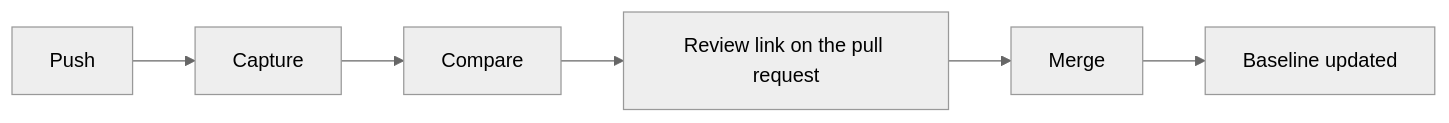
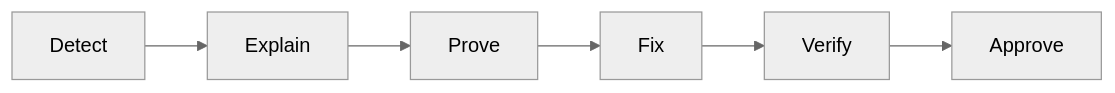
One commit to Diffra/core changed the diagram in README.md. Above: the diagram before and after it, drawn with Mermaid (neutral theme). The commit also changed other lines of this file and 17 other files, not shown here.

````diff
--- a/README.md
+++ b/README.md
@@ -26,8 +26,8 @@
 ```mermaid
 flowchart LR
-    A[Push] --> B[Capture]
-    B --> C[Compare]
-    C --> D[Review link on the pull request]
-    D --> E[Merge]
-    E --> F[Baseline updated]
+    A[Detect] --> B[Explain]
+    B --> C[Prove]
+    C --> D[Fix]
+    D --> E[Verify]
+    E --> F[Approve]
 ```
````
